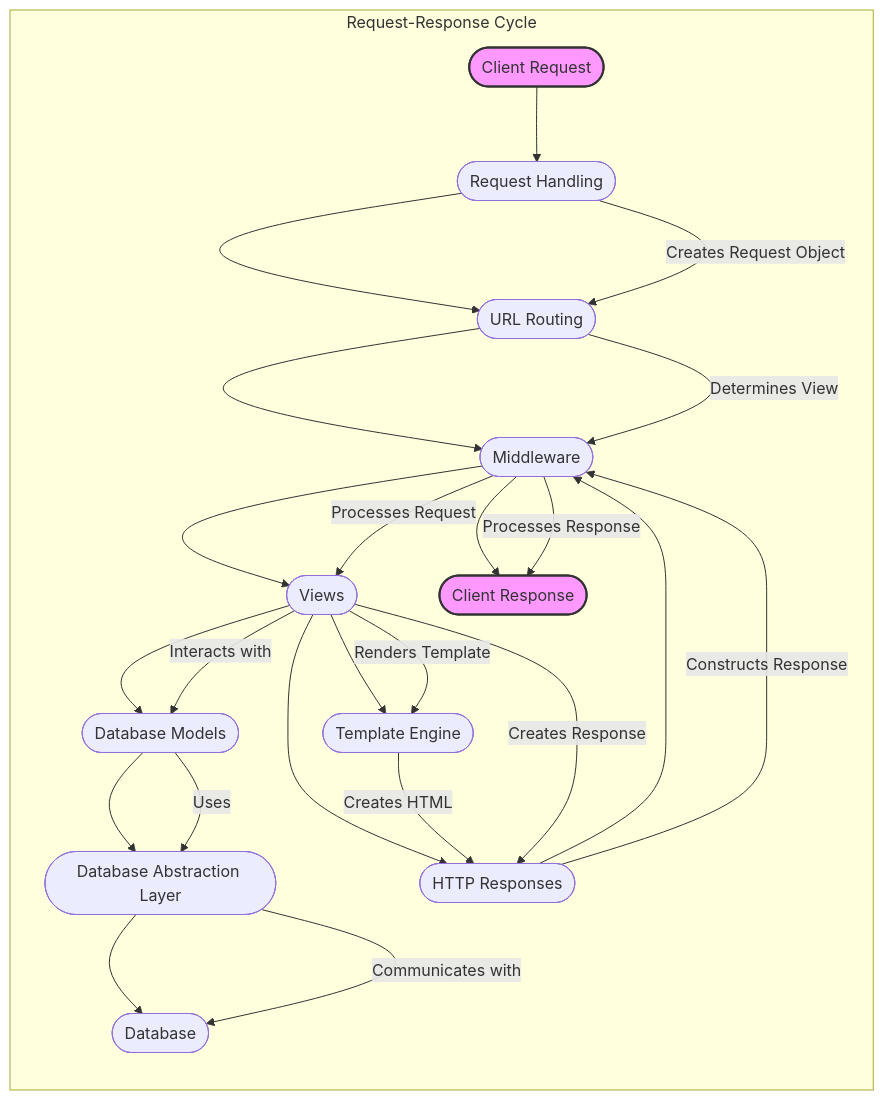
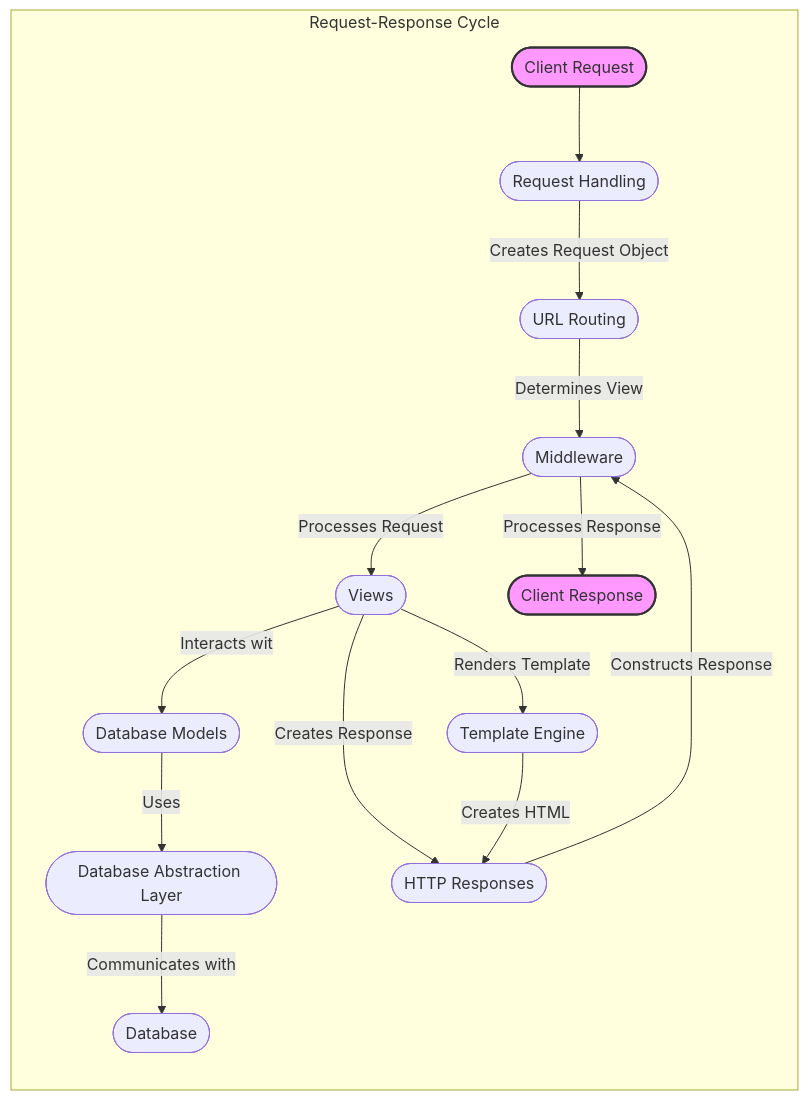
Before and after one commit to CodeBoarding/GeneratedOnBoardings: the diagram in django/on_boarding.md, drawn with Mermaid.

````diff
--- a/django/on_boarding.md
+++ b/django/on_boarding.md
@@ -5,43 +5,33 @@
 ```mermaid
 graph LR
     subgraph Request-Response Cycle
         A([Client Request]) --> B([Request Handling])
-        B --> C([URL Routing])
-        C --> D([Middleware])
-        D --> E([Views])
-        E --> F([Template Engine])
-        E --> G([Database Models])
-        G --> H([Database Abstraction Layer])
-        H --> I([Database])
-        E --> J([HTTP Responses])
-        J --> D
-        D --> K([Client Response])
+        B-- Creates Request Object--> C([URL Routing])
+        C-- Determines View --> D([Middleware])
+        D-- Processes Request --> E([Views])
+        E-- Renders Template --> F([Template Engine])
+        E-- Interacts wit --> G([Database Models])
+        G-- Uses --> H([Database Abstraction Layer])
+        H-- Communicates with --> I([Database])
+        E-- Creates Response --> J([HTTP Responses])
+        J-- Constructs Response --> D
+        D-- Processes Response --> K([Client Response])
+        F-- Creates HTML --> J
     end
 
     style A fill:#f9f,stroke:#333,stroke-width:2px
     style K fill:#f9f,stroke:#333,stroke-width:2px
 
-    B-- Creates Request Object --> C
-    C-- Determines View --> D
-    D-- Processes Request --> E
-    E-- Interacts with --> G
-    G-- Uses --> H
-    H-- Communicates with --> I
-    E-- Renders Template --> F
-    F-- Creates HTML --> J
-    E-- Creates Response --> J
-    J-- Constructs Response --> D
-    D-- Processes Response --> K
 
 click A href "https://github.com/CodeBoarding/GeneratedOnBoardings/blob/main/django//Request%20Handling.md"
 click B href "https://github.com/CodeBoarding/GeneratedOnBoardings/blob/main/django//Request%20Handling.md"
 click C href "https://github.com/CodeBoarding/GeneratedOnBoardings/blob/main/django//URL%20Routing.md"
 click D href "https://github.com/CodeBoarding/GeneratedOnBoardings/blob/main/django//Middleware.md"
 click E href "https://github.com/CodeBoarding/GeneratedOnBoardings/blob/main/django//Views.md"
 click F href "https://github.com/CodeBoarding/GeneratedOnBoardings/blob/main/django//Template%20Engine.md"
 click G href "https://github.com/CodeBoarding/GeneratedOnBoardings/blob/main/django//Database%20Models.md"
 click H href "https://github.com/CodeBoarding/GeneratedOnBoardings/blob/main/django//Database%20Abstraction%20Layer.md"
 click J href "https://github.com/CodeBoarding/GeneratedOnBoardings/blob/main/django//HTTP%20Responses.md"
 click K href "https://github.com/CodeBoarding/GeneratedOnBoardings/blob/main/django//Request%20Handling.md"
 
 ```
````
